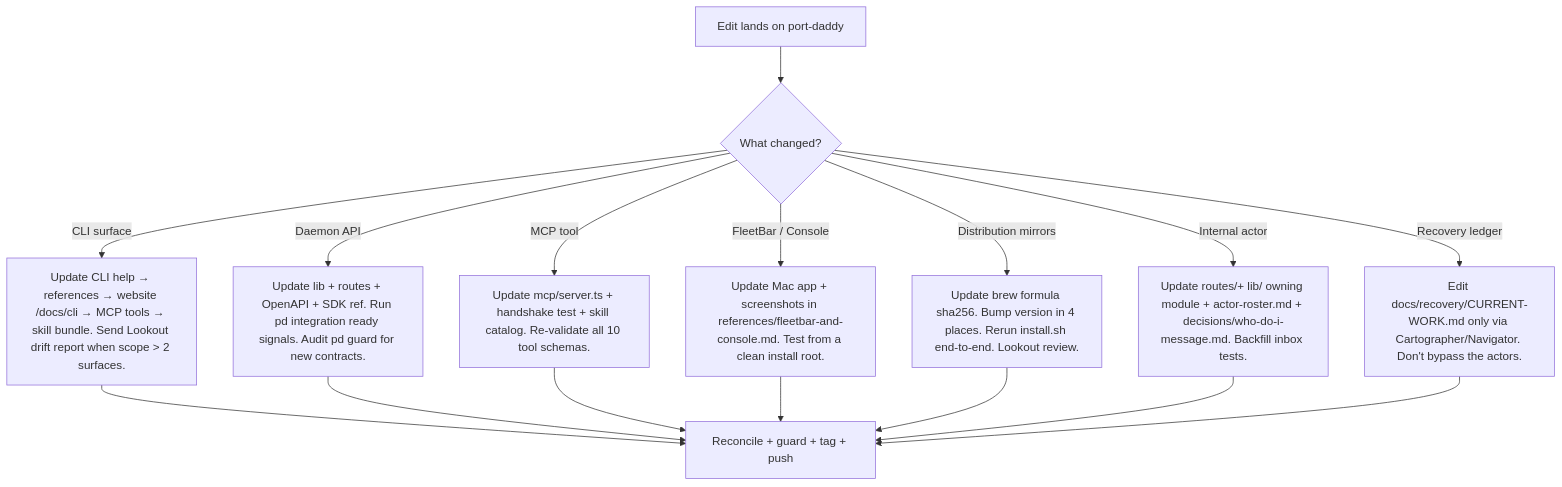
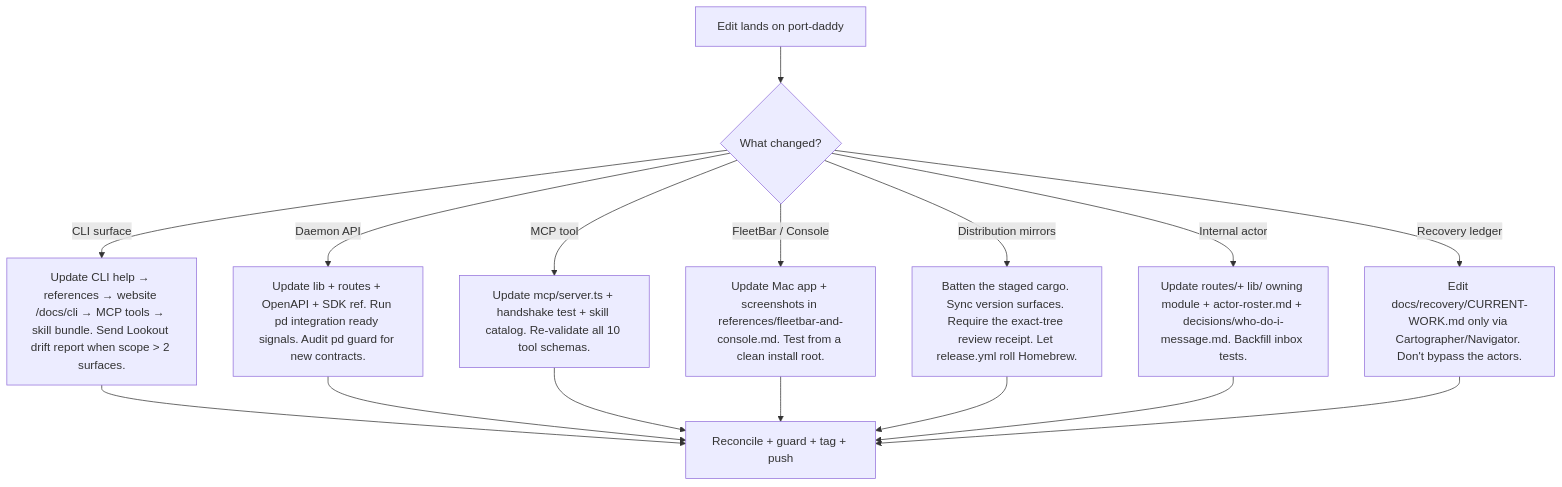
Before and after one commit to curiositech/port-daddy: the diagram in .agents/skills/port-daddy-internal-dev/SKILL.md, drawn with Mermaid. The commit also changed other lines of this file and 41 other files, not shown here.

Commit message:
docs(bot): sync release surfaces to 7fc97b2a

````diff
--- a/.agents/skills/port-daddy-internal-dev/SKILL.md
+++ b/.agents/skills/port-daddy-internal-dev/SKILL.md
@@ -127,12 +127,12 @@
 ```mermaid
 flowchart TD
     start[Edit lands on port-daddy] --> what{What changed?}
     what -->|CLI surface| cli[Update CLI help → references → website /docs/cli → MCP tools → skill bundle. Send Lookout drift report when scope > 2 surfaces.]
     what -->|Daemon API| api[Update lib + routes + OpenAPI + SDK ref. Run pd integration ready signals. Audit pd guard for new contracts.]
     what -->|MCP tool| mcp[Update mcp/server.ts + handshake test + skill catalog. Re-validate all 10 tool schemas.]
     what -->|FleetBar / Console| ui[Update Mac app + screenshots in references/fleetbar-and-console.md. Test from a clean install root.]
-    what -->|Distribution mirrors| dist[Update brew formula sha256. Bump version in 4 places. Rerun install.sh end-to-end. Lookout review.]
+    what -->|Distribution mirrors| dist[Batten the staged cargo. Sync version surfaces. Require the exact-tree review receipt. Let release.yml roll Homebrew.]
     what -->|Internal actor| actor[Update routes/+ lib/ owning module + actor-roster.md + decisions/who-do-i-message.md. Backfill inbox tests.]
     what -->|Recovery ledger| ledger[Edit docs/recovery/CURRENT-WORK.md only via Cartographer/Navigator. Don't bypass the actors.]
     cli & api & mcp & ui & dist & actor & ledger --> ship[Reconcile + guard + tag + push]
 ```
````
